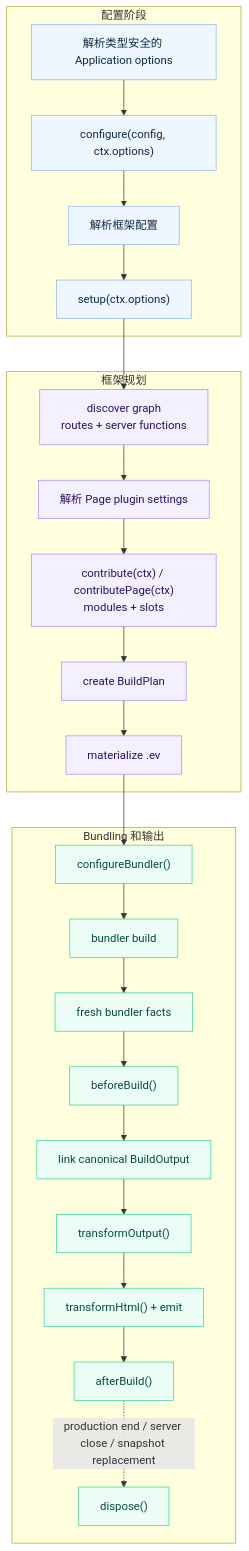
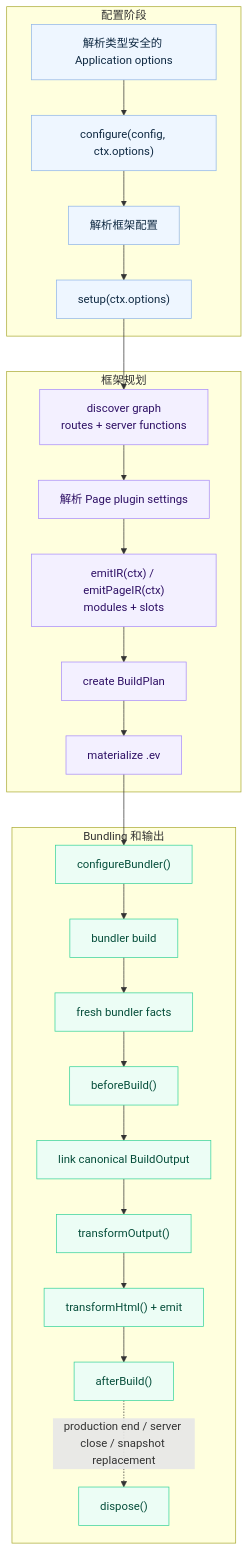
One commit to afx-team/evjs changed the diagram in docs/i18n/zh-Hans/docusaurus-plugin-content-docs/current/plugin-hooks.md. Above: the diagram before and after it, drawn with Mermaid. The commit also changed other lines of this file and 106 other files, not shown here.

````diff
--- a/docs/i18n/zh-Hans/docusaurus-plugin-content-docs/current/plugin-hooks.md
+++ b/docs/i18n/zh-Hans/docusaurus-plugin-content-docs/current/plugin-hooks.md
@@ -9,41 +9,41 @@
 ```mermaid
 flowchart TB
   subgraph Configure["配置阶段"]
     AppOptions["解析类型安全的 Application options"]
     Config["configure(config, ctx.options)"]
     Resolve["解析框架配置"]
     Setup["setup(ctx.options)"]
   end
 
   subgraph Plan["框架规划"]
     Graph["discover graph\nroutes + server functions"]
     PageSettings["解析 Page plugin settings"]
-    Contributions["contribute(ctx) / contributePage(ctx)\nmodules + slots"]
+    Contributions["emitIR(ctx) / emitPageIR(ctx)\nmodules + slots"]
     BuildPlan["create BuildPlan"]
     IR["materialize .ev"]
   end
 
   subgraph Build["Bundling 和输出"]
     BundlerConfig["configureBundler()"]
     Bundler["bundler build"]
     Facts["fresh bundler facts"]
     BuildStart["beforeBuild()"]
     Link["link canonical BuildOutput"]
     BuildOutput["transformOutput()"]
     HTML["transformHtml() + emit"]
     BuildEnd["afterBuild()"]
     Dispose["dispose()"]
   end
 
   AppOptions --> Config --> Resolve --> Setup --> Graph --> PageSettings --> Contributions --> BuildPlan
   BuildPlan --> IR --> BundlerConfig --> Bundler --> Facts --> BuildStart --> Link
   Link --> BuildOutput --> HTML --> BuildEnd
   BuildEnd -. production end / server close / snapshot replacement .-> Dispose
 
   classDef config fill:#eef6ff,stroke:#8fb5e8,color:#102a43;
   classDef plan fill:#f3f0ff,stroke:#a78bfa,color:#2e1065;
   classDef build fill:#ecfdf5,stroke:#34d399,color:#064e3b;
   class AppOptions,Config,Resolve,Setup config;
   class Graph,PageSettings,BuildPlan,Contributions,IR plan;
   class BundlerConfig,Bundler,Facts,BuildStart,Link,BuildOutput,HTML,BuildEnd,Dispose build;
 ```
````
